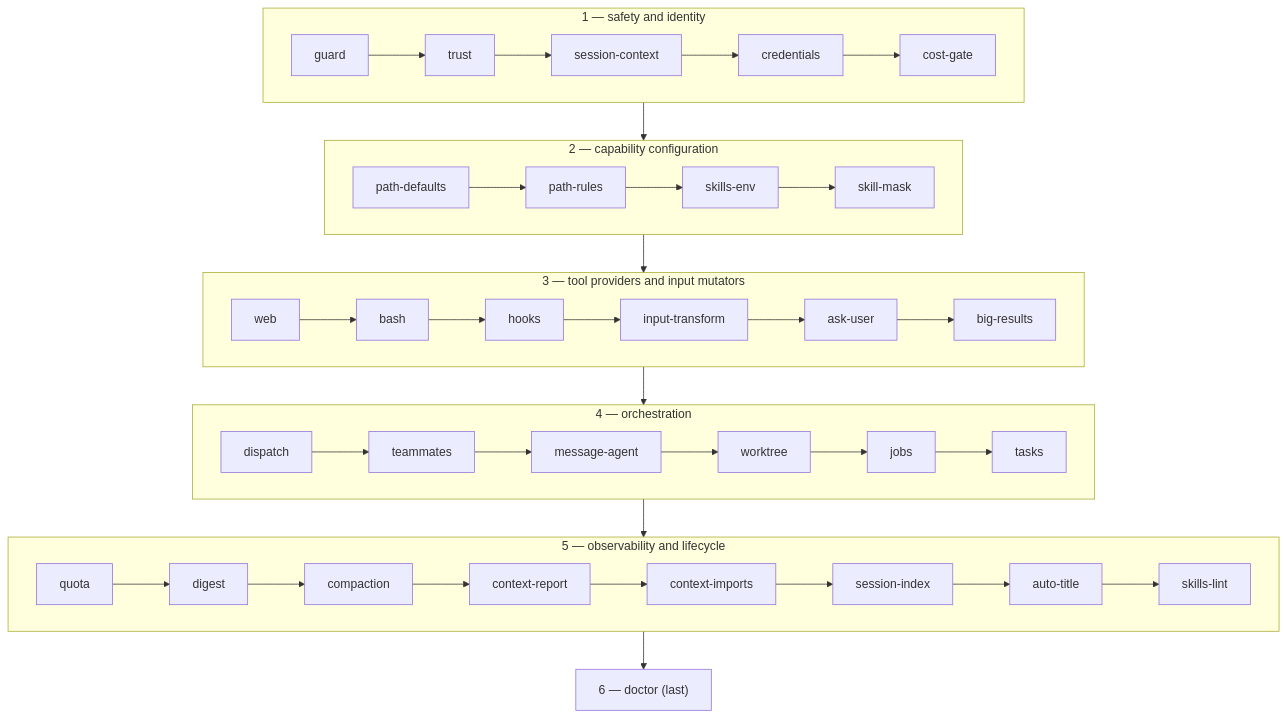
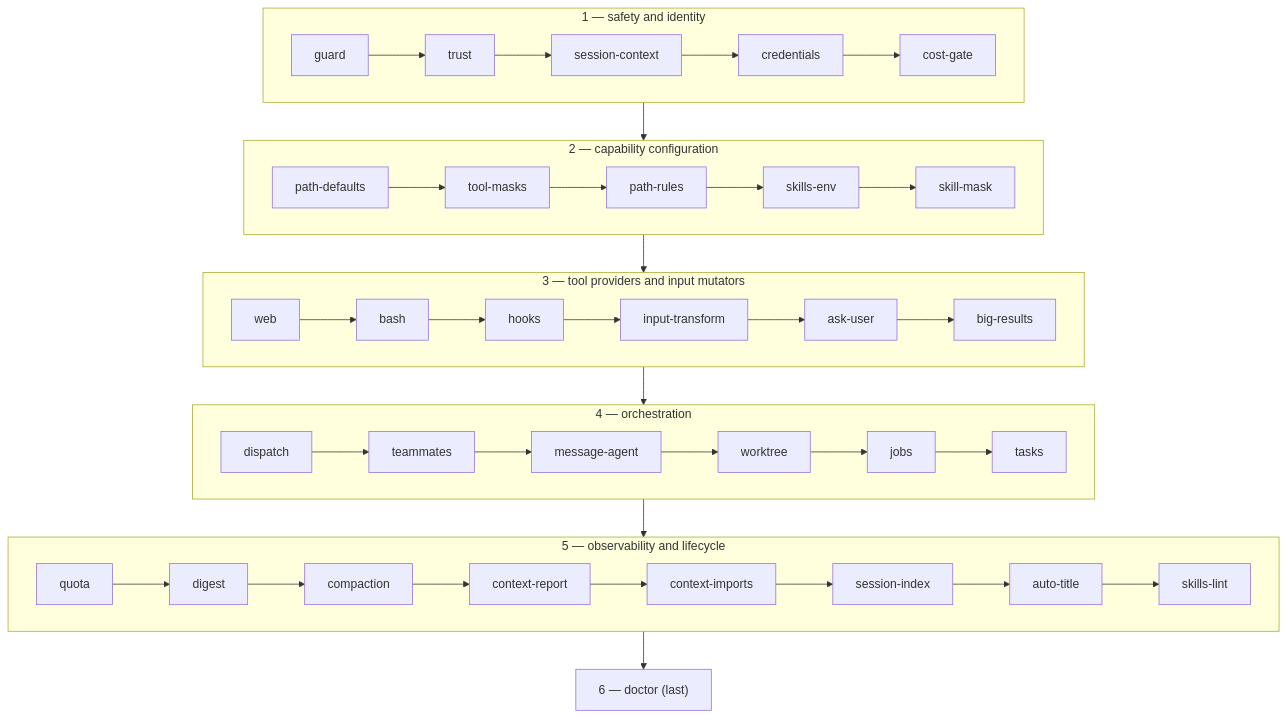
The first of 3 diagrams in docs/concepts/architecture.md (DresvyanskiyDenis/PiON), drawn with Mermaid before and after one commit. The commit also changed other lines of this file and 22 other files, not shown here.

````diff
--- a/docs/concepts/architecture.md
+++ b/docs/concepts/architecture.md
@@ -29,24 +29,24 @@
 ```mermaid
 flowchart TB
     subgraph safety["1 — safety and identity"]
         direction LR
         guard --> trust --> sc["session-context"] --> cred["credentials"] --> cg["cost-gate"]
     end
     subgraph capconf["2 — capability configuration"]
         direction LR
-        pd["path-defaults"] --> pr["path-rules"] --> se["skills-env"] --> sm["skill-mask"]
+        pd["path-defaults"] --> tm["tool-masks"] --> pr["path-rules"] --> se["skills-env"] --> sm["skill-mask"]
     end
     subgraph tools["3 — tool providers and input mutators"]
         direction LR
         web --> bash --> hooks --> it["input-transform"] --> au["ask-user"] --> br["big-results"]
     end
     subgraph orch["4 — orchestration"]
         direction LR
         dispatch --> teammates --> ma["message-agent"] --> worktree --> jobs --> tasks
     end
     subgraph obs["5 — observability and lifecycle"]
         direction LR
         quota --> digest --> compaction --> cr["context-report"] --> ci["context-imports"] --> si["session-index"] --> at["auto-title"] --> sl["skills-lint"]
     end
     safety --> capconf --> tools --> orch --> obs --> doctor["6 — doctor (last)"]
 ```
````
